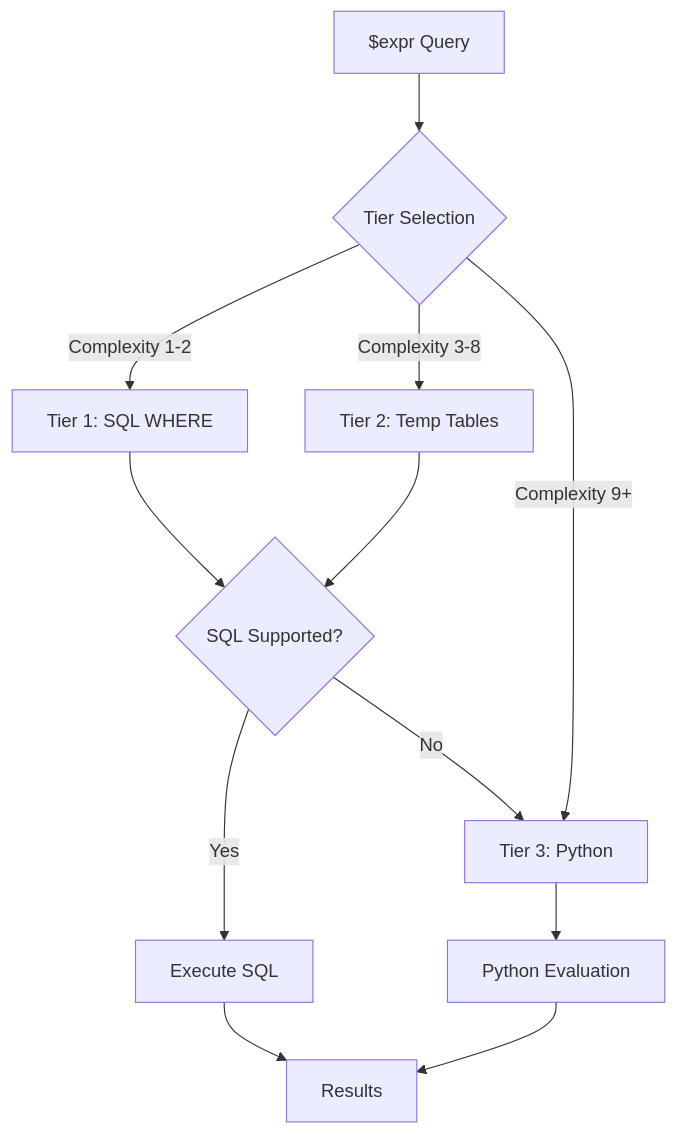
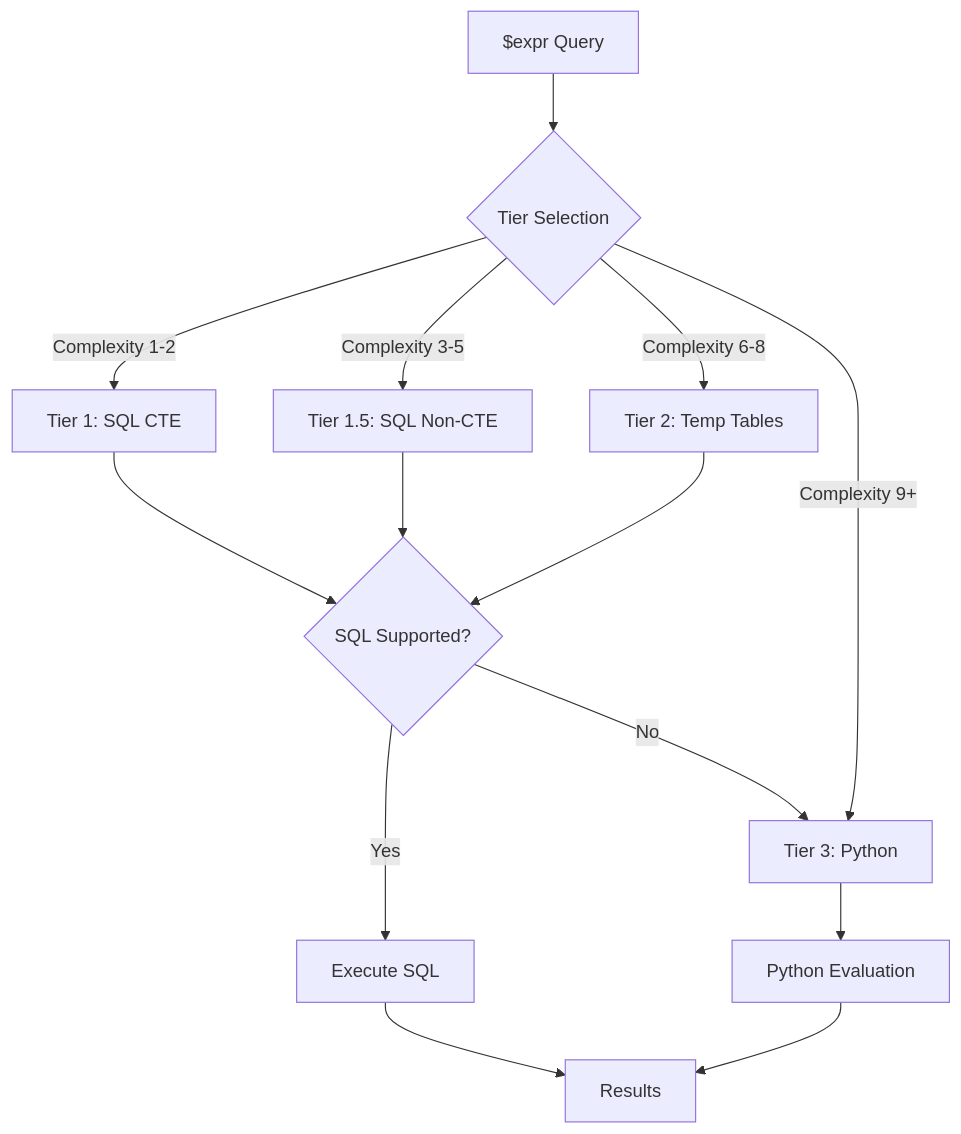
Before and after one commit to cwt/neosqlite: the diagram in documents/EXPR_IMPLEMENTATION.md, drawn with Mermaid. The commit also changed other lines of this file and 9 other files, not shown here.

````diff
--- a/documents/EXPR_IMPLEMENTATION.md
+++ b/documents/EXPR_IMPLEMENTATION.md
@@ -15,14 +18,16 @@
 ```mermaid
 graph TD
     A["$expr Query"] --> B{Tier Selection};
-    B -->|Complexity 1-2| C["Tier 1: SQL WHERE"];
-    B -->|Complexity 3-8| D["Tier 2: Temp Tables"];
-    B -->|Complexity 9+| E["Tier 3: Python"];
-    C --> F{SQL Supported?};
-    D --> F;
-    F -- Yes --> G["Execute SQL"];
-    F -- No --> E;
-    E --> H["Python Evaluation"];
-    G --> I[Results];
-    H --> I;
+    B -->|Complexity 1-2| C["Tier 1: SQL CTE"];
+    B -->|Complexity 3-5| D["Tier 1.5: SQL Non-CTE"];
+    B -->|Complexity 6-8| E["Tier 2: Temp Tables"];
+    B -->|Complexity 9+| F["Tier 3: Python"];
+    C --> G{SQL Supported?};
+    D --> G;
+    E --> G;
+    G -- Yes --> H["Execute SQL"];
+    G -- No --> F;
+    F --> I["Python Evaluation"];
+    H --> J[Results];
+    I --> J;
 ```
````
